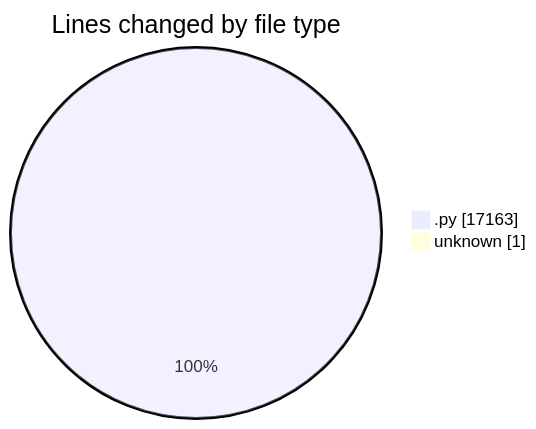
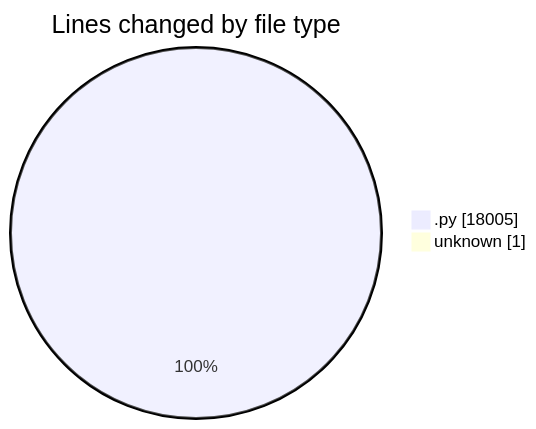
Before and after one commit to julien-gomy/code-tracking: the first of 2 diagrams in 2025-11-22/eventscop-api-guide__workspace_/README.md, drawn with Mermaid. The commit also changed other lines of this file and 1 other file, not shown here.

````diff
--- a/2025-11-22/eventscop-api-guide__workspace_/README.md
+++ b/2025-11-22/eventscop-api-guide__workspace_/README.md
@@ -28,6 +29,6 @@
 ```mermaid
 pie showData
 title Lines changed by file type
-".py" : 17163
+".py" : 18005
 "unknown" : 1
 ```
````
